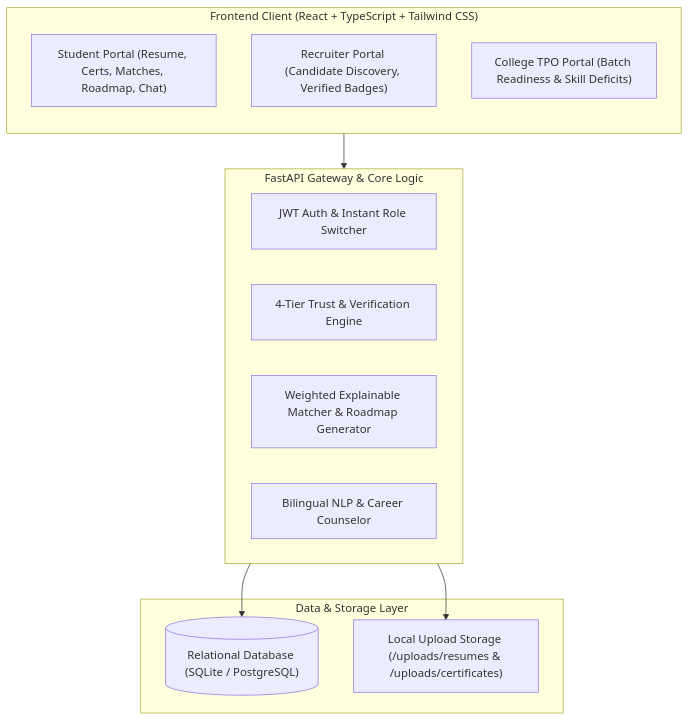
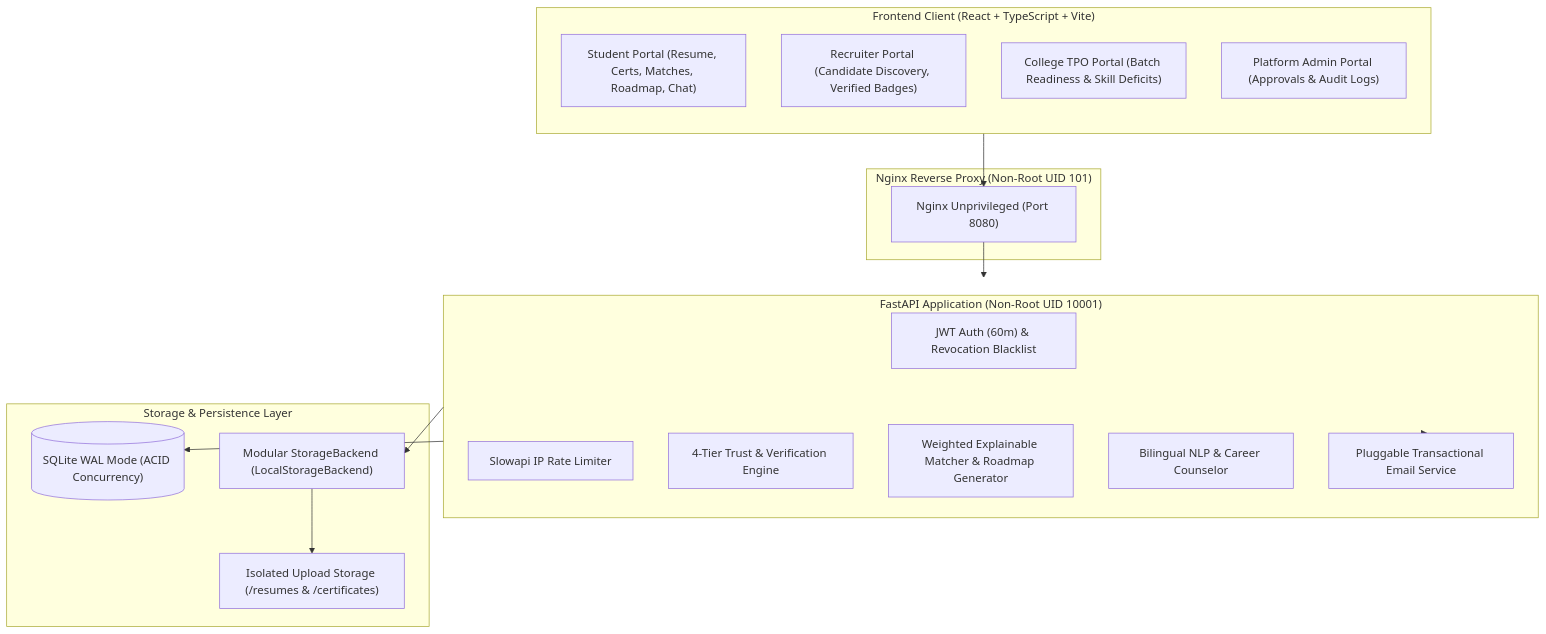
One commit to ppriyansh2503/CareerLens changed the diagram in README.md. Above: the diagram before and after it, drawn with Mermaid. The commit also changed other lines of this file and 27 other files, not shown here.

````diff
--- a/README.md
+++ b/README.md
@@ -40,25 +41,36 @@
 ```mermaid
 flowchart TB
-    subgraph Client ["Frontend Client (React + TypeScript + Tailwind CSS)"]
+    subgraph Client ["Frontend Client (React + TypeScript + Vite)"]
         direction TB
         SP["Student Portal (Resume, Certs, Matches, Roadmap, Chat)"]
         RP["Recruiter Portal (Candidate Discovery, Verified Badges)"]
         CP["College TPO Portal (Batch Readiness & Skill Deficits)"]
+        AP["Platform Admin Portal (Approvals & Audit Logs)"]
     end
 
-    subgraph API ["FastAPI Gateway & Core Logic"]
-        Auth["JWT Auth & Instant Role Switcher"]
+    subgraph Gateway ["Nginx Reverse Proxy (Non-Root UID 101)"]
+        Nginx["Nginx Unprivileged (Port 8080)"]
+    end
+
+    subgraph API ["FastAPI Application (Non-Root UID 10001)"]
+        Auth["JWT Auth (60m) & Revocation Blacklist"]
+        Limiter["Slowapi IP Rate Limiter"]
         VEngine["4-Tier Trust & Verification Engine"]
         Matcher["Weighted Explainable Matcher & Roadmap Generator"]
         ChatEngine["Bilingual NLP & Career Counselor"]
+        EmailService["Pluggable Transactional Email Service"]
     end
 
-    subgraph Storage ["Data & Storage Layer"]
-        DB[("Relational Database (SQLite / PostgreSQL)")]
-        Media["Local Upload Storage (/uploads/resumes & /uploads/certificates)"]
+    subgraph Storage ["Storage & Persistence Layer"]
+        DB[("SQLite WAL Mode (ACID Concurrency)")]
+        StorageBackend["Modular StorageBackend (LocalStorageBackend)"]
+        Media["Isolated Upload Storage (/resumes & /certificates)"]
     end
 
-    Client --> API
+    Client --> Nginx
+    Nginx --> API
     API --> DB
-    API --> Media
+    API --> StorageBackend
+    StorageBackend --> Media
+    API --> EmailService
 ```
````
